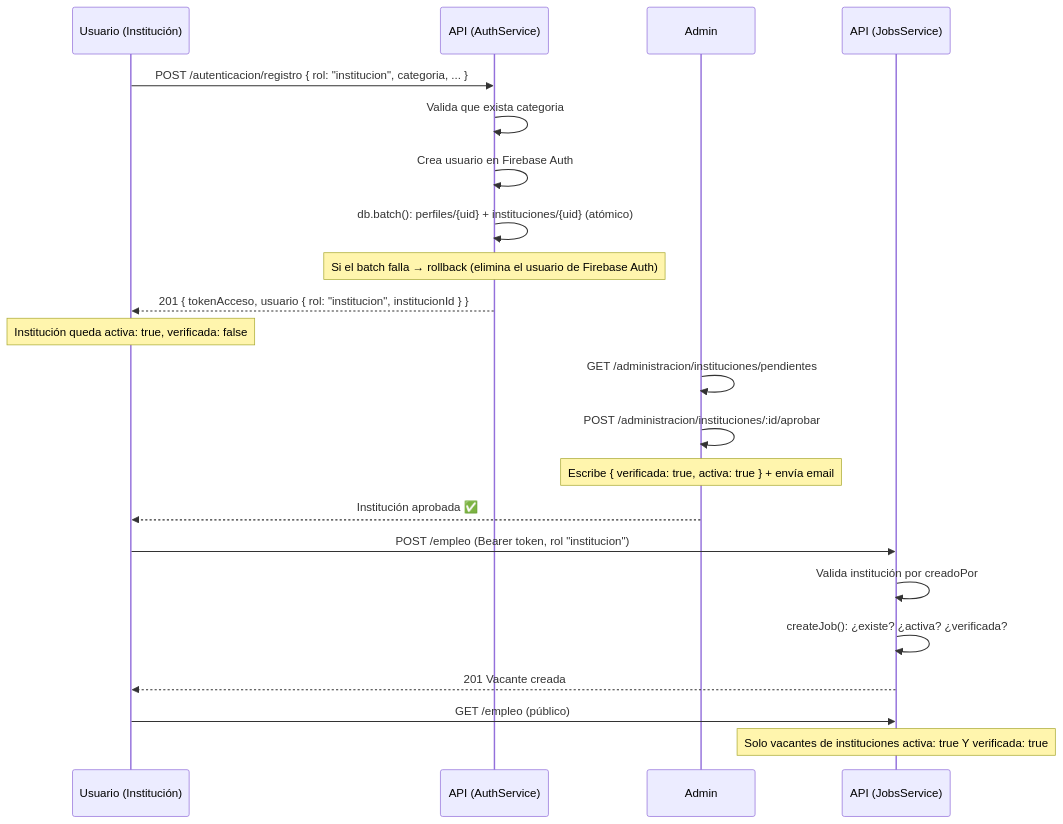
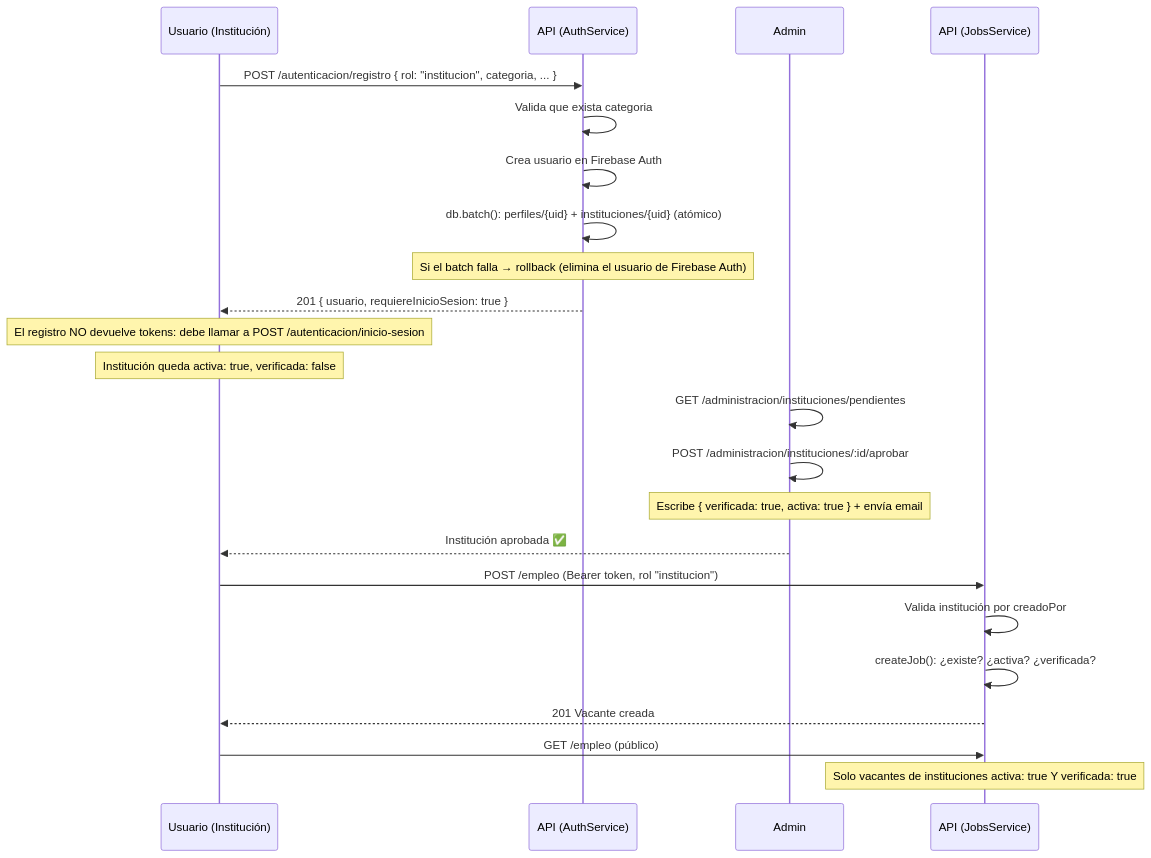
Before and after one commit to Isael7w7/raices-backend: the diagram in docs/FLUJO-APROBACION-VACANTES.md, drawn with Mermaid. The commit also changed other lines of this file and 5 other files, not shown here.

````diff
--- a/docs/FLUJO-APROBACION-VACANTES.md
+++ b/docs/FLUJO-APROBACION-VACANTES.md
@@ -73,28 +73,29 @@
 ```mermaid
 sequenceDiagram
     participant U as Usuario (Institución)
     participant A as API (AuthService)
     participant AD as Admin
     participant J as API (JobsService)
 
     U->>A: POST /autenticacion/registro { rol: "institucion", categoria, ... }
     A->>A: Valida que exista categoria
     A->>A: Crea usuario en Firebase Auth
     A->>A: db.batch(): perfiles/{uid} + instituciones/{uid} (atómico)
     Note over A: Si el batch falla → rollback (elimina el usuario de Firebase Auth)
-    A-->>U: 201 { tokenAcceso, usuario { rol: "institucion", institucionId } }
+    A-->>U: 201 { usuario, requiereInicioSesion: true }
+    Note over U: El registro NO devuelve tokens: debe llamar a POST /autenticacion/inicio-sesion
     Note over U: Institución queda activa: true, verificada: false
 
     AD->>AD: GET /administracion/instituciones/pendientes
     AD->>AD: POST /administracion/instituciones/:id/aprobar
     Note over AD: Escribe { verificada: true, activa: true } + envía email
     AD-->>U: Institución aprobada ✅
 
     U->>J: POST /empleo (Bearer token, rol "institucion")
     J->>J: Valida institución por creadoPor
     J->>J: createJob(): ¿existe? ¿activa? ¿verificada?
     J-->>U: 201 Vacante creada
 
     U->>J: GET /empleo (público)
     Note over J: Solo vacantes de instituciones activa: true Y verificada: true
 ```
````
